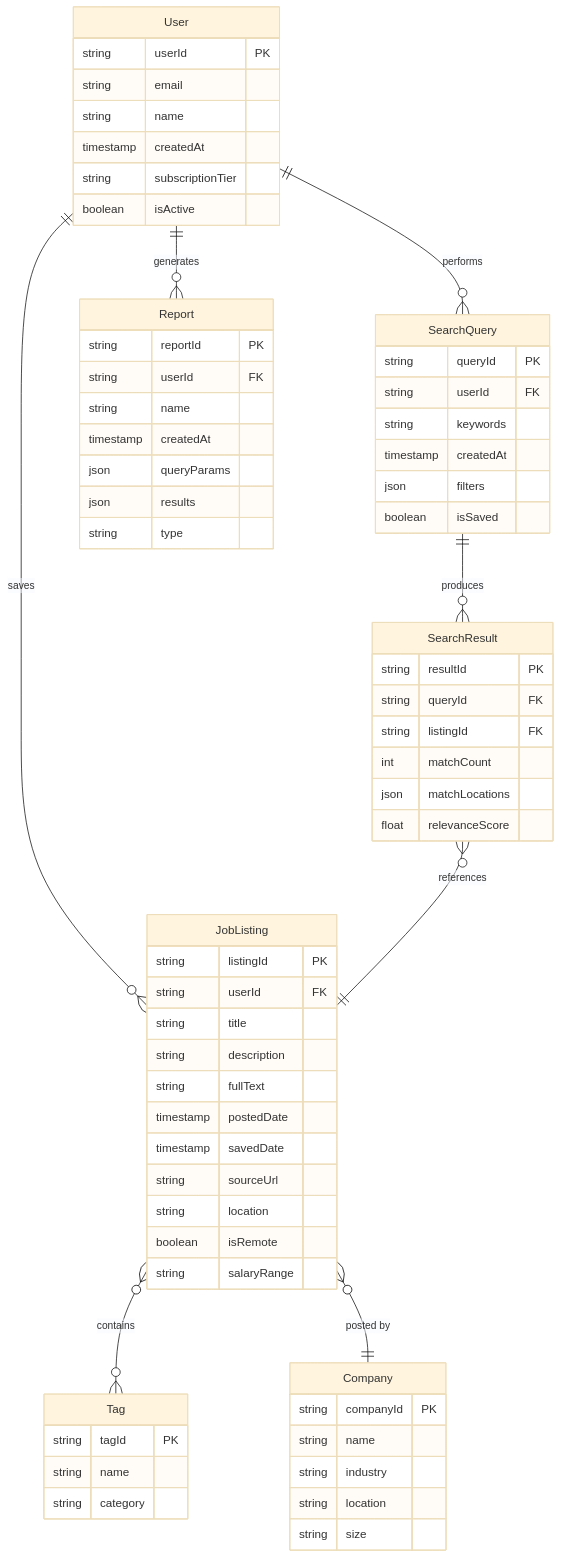
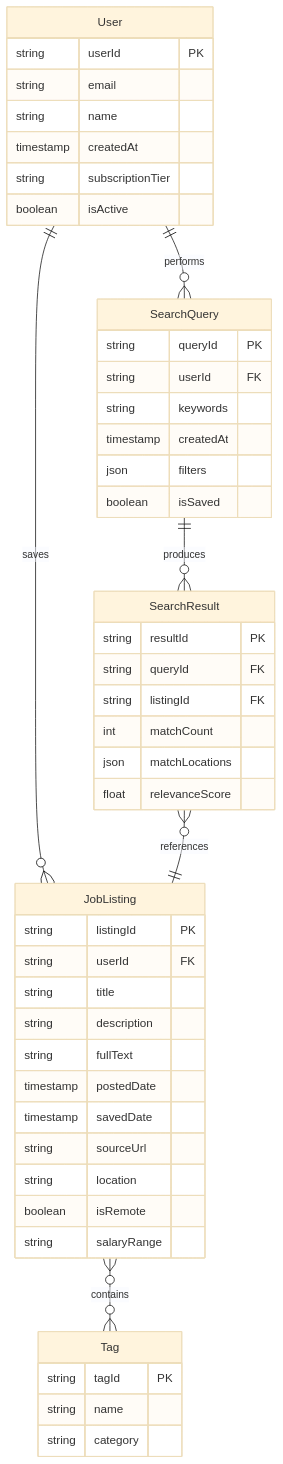
The diagram in README.md (lmcrean/tributary), drawn with Mermaid (base theme) before and after one commit.

Commit message:
Update README.md to simplify ERD

````diff
--- a/README.md
+++ b/README.md
@@ -5,75 +5,56 @@
 ```mermaid
 erDiagram
     User ||--o{ JobListing : saves
     User ||--o{ SearchQuery : performs
-    User ||--o{ Report : generates
     JobListing }o--o{ Tag : contains
-    JobListing }o--|| Company : "posted by"
     SearchQuery ||--o{ SearchResult : produces
     SearchResult }o--|| JobListing : references
     
     User {
         string userId PK
         string email
         string name
         timestamp createdAt
         string subscriptionTier
         boolean isActive
     }
     
     JobListing {
         string listingId PK
         string userId FK
         string title
         string description
         string fullText
         timestamp postedDate
         timestamp savedDate
         string sourceUrl
         string location
         boolean isRemote
         string salaryRange
     }
     
-    Company {
-        string companyId PK
-        string name
-        string industry
-        string location
-        string size
-    }
-    
     Tag {
         string tagId PK
         string name
         string category
     }
     
     SearchQuery {
         string queryId PK
         string userId FK
         string keywords
         timestamp createdAt
         json filters
         boolean isSaved
     }
     
     SearchResult {
         string resultId PK
         string queryId FK
         string listingId FK
         int matchCount
         json matchLocations
         float relevanceScore
     }
     
-    Report {
-        string reportId PK
-        string userId FK
-        string name
-        timestamp createdAt
-        json queryParams
-        json results
-        string type
-    }
 ```
````
